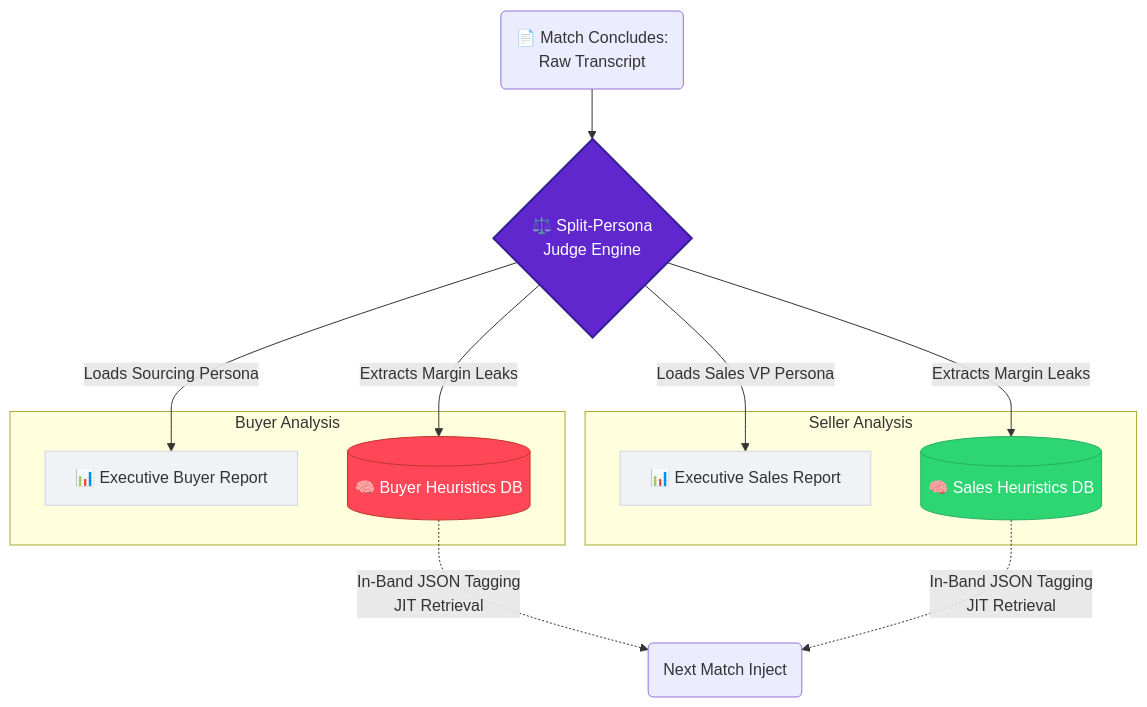
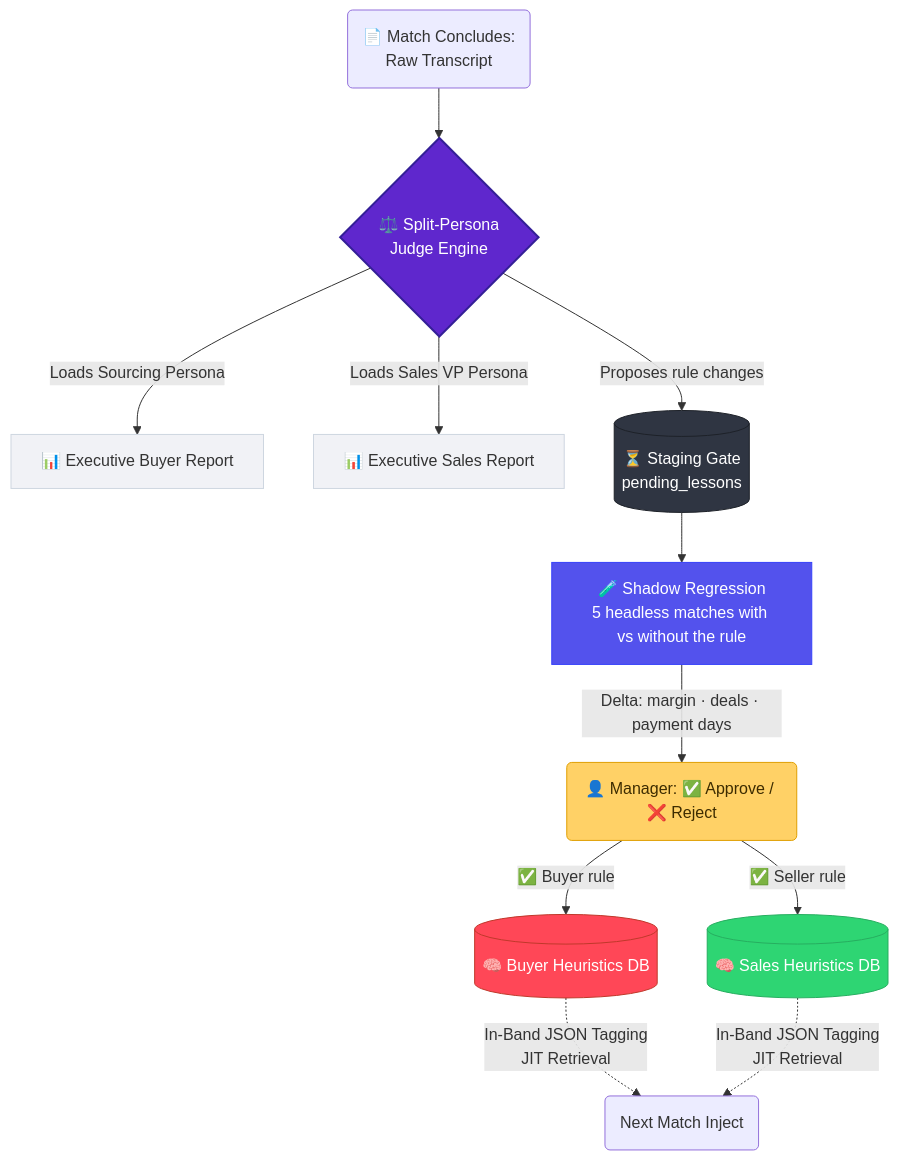
The second of 2 diagrams in README.md (Sarath-peddireddy/Zero__Leak__OS), drawn with Mermaid before and after one commit. The commit also changed other lines of this file and 21 other files, not shown here.

Commit message:
feat: implement CI/CD memory staging gate, shadow regression testing, and symmetrical escalation

````diff
--- a/README.md
+++ b/README.md
@@ -72,33 +74,27 @@
 ```mermaid
 flowchart TD
     Transcript(📄 Match Concludes:<br/>Raw Transcript) --> Judge{⚖️ Split-Persona<br/>Judge Engine}
 
-    %% Procurement Analysis Route
-    subgraph ProcEval [Buyer Analysis]
-        ProcReport[📊 Executive Buyer Report]
-        ProcHeuristics[(🧠 Buyer Heuristics DB)]
-    end
+    Judge -->|Loads Sourcing Persona| ProcReport[📊 Executive Buyer Report]
+    Judge -->|Loads Sales VP Persona| SalesReport[📊 Executive Sales Report]
+    Judge -->|Proposes rule changes| Staging[(⏳ Staging Gate<br/>pending_lessons)]
 
-    %% Sales Analysis Route
-    subgraph SalesEval [Seller Analysis]
-        SalesReport[📊 Executive Sales Report]
-        SalesHeuristics[(🧠 Sales Heuristics DB)]
-    end
+    Staging --> Shadow[🧪 Shadow Regression<br/>5 headless matches with vs without the rule]
+    Shadow -->|Delta: margin · deals · payment days| Approval(👤 Manager: ✅ Approve / ❌ Reject)
 
-    %% Judge links (declared outside the boxes so the Judge stays above both)
-    Judge -->|Loads Sourcing Persona| ProcReport
-    Judge -->|Extracts Margin Leaks| ProcHeuristics
-    Judge -->|Loads Sales VP Persona| SalesReport
-    Judge -->|Extracts Margin Leaks| SalesHeuristics
+    Approval -->|✅ Buyer rule| ProcHeuristics[(🧠 Buyer Heuristics DB)]
+    Approval -->|✅ Seller rule| SalesHeuristics[(🧠 Sales Heuristics DB)]
 
-    %% RLHF Feedback Loop
+    %% JIT feedback loop
     ProcHeuristics -.->|In-Band JSON Tagging<br/>JIT Retrieval| NextMatch(Next Match Inject)
     SalesHeuristics -.->|In-Band JSON Tagging<br/>JIT Retrieval| NextMatch
 
-    %% Custom Colors
     style Judge fill:#5f27cd,stroke:#341f97,color:#fff,stroke-width:2px
+    style Staging fill:#2f3542,stroke:#1e2229,color:#fff
+    style Shadow fill:#5352ed,stroke:#3742fa,color:#fff
+    style Approval fill:#ffd166,stroke:#e09f00,color:#3d2c00
     style ProcHeuristics fill:#ff4757,stroke:#c0392b,color:#fff
     style SalesHeuristics fill:#2ed573,stroke:#27ae60,color:#fff
     style ProcReport fill:#f1f2f6,stroke:#ced6e0
     style SalesReport fill:#f1f2f6,stroke:#ced6e0
 ```
````
